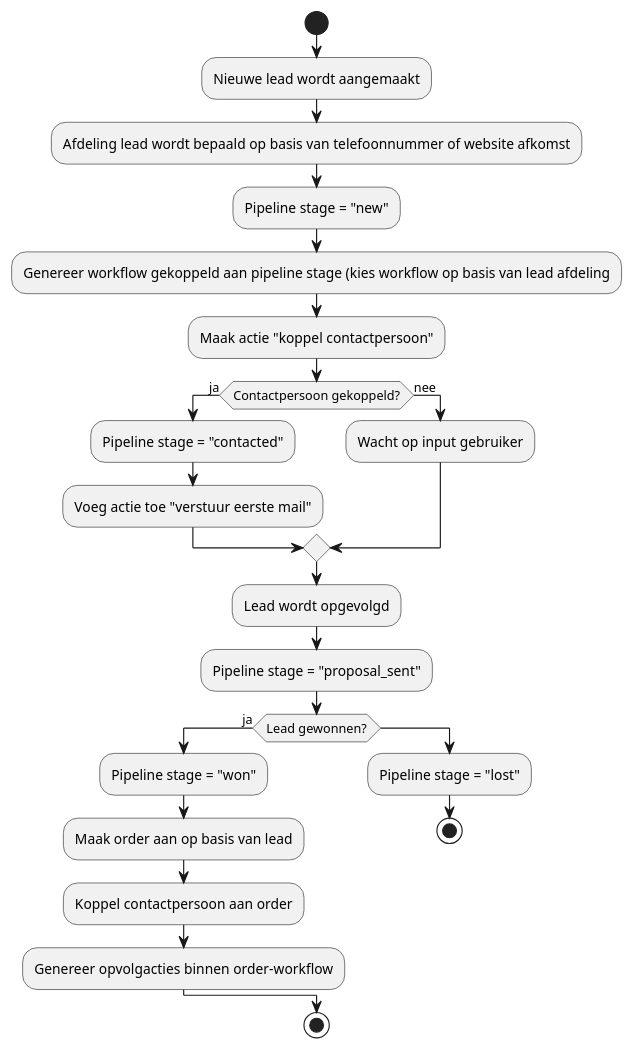
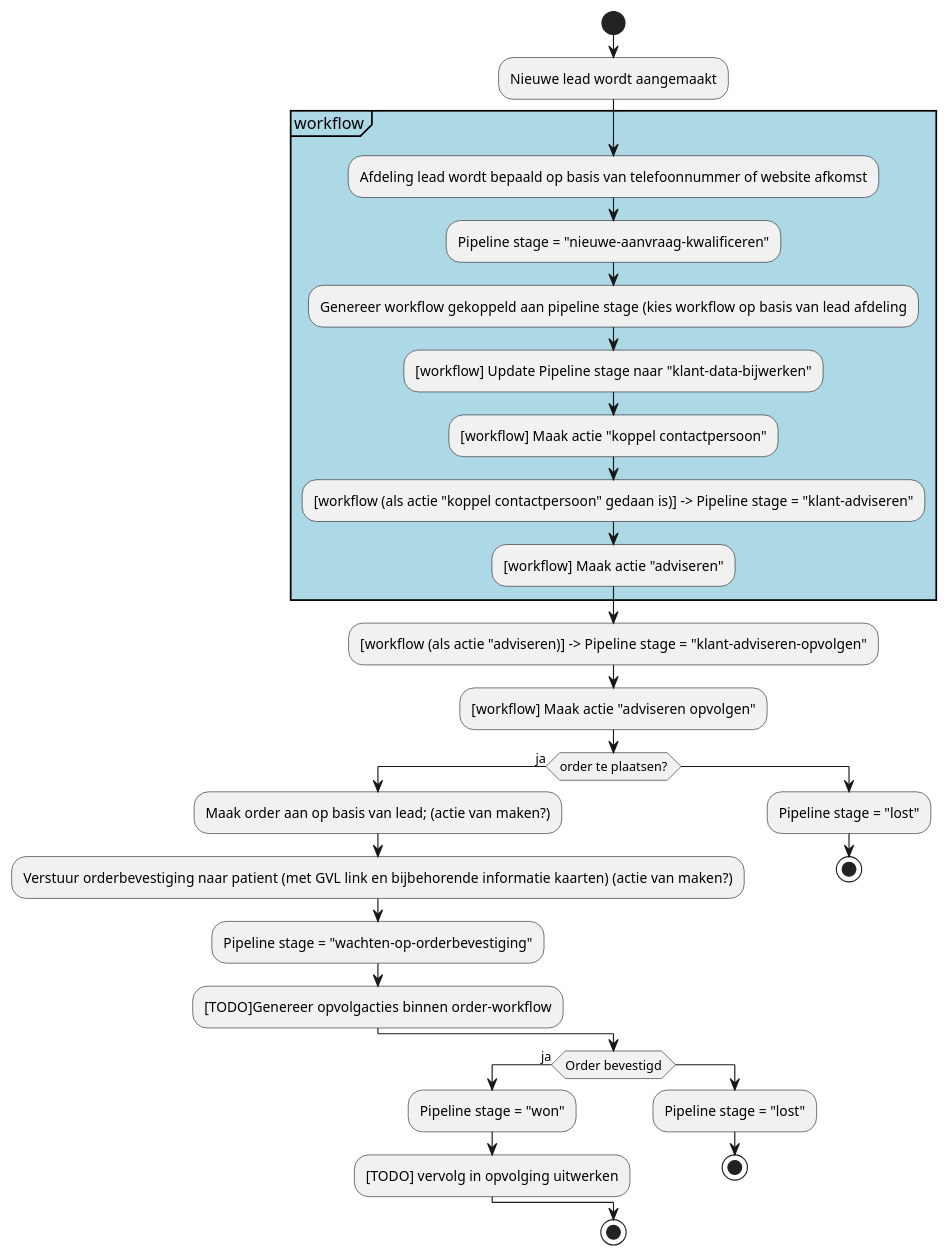
Before and after one commit to privatescanbv/krayin-laravel-crm: the fourth of 5 diagrams in docs/index.adoc, drawn with PlantUML. The commit also changed other lines of this file and 6 other files, not shown here.

Commit message:
api update lead pipeline stage

```diff
--- a/docs/index.adoc
+++ b/docs/index.adoc
@@ -339,35 +383,43 @@
 [plantuml]
 ....
 @startuml
 start
 
 :Nieuwe lead wordt aangemaakt;
-:Afdeling lead wordt bepaald op basis van telefoonnummer of website afkomst;
-:Pipeline stage = "new";
-:Genereer workflow gekoppeld aan pipeline stage (kies workflow op basis van lead afdeling;
 
-:Maak actie "koppel contactpersoon";
+partition "workflow" #ADD8E6 {
+    :Afdeling lead wordt bepaald op basis van telefoonnummer of website afkomst;
+    :Pipeline stage = "nieuwe-aanvraag-kwalificeren";
+    :Genereer workflow gekoppeld aan pipeline stage (kies workflow op basis van lead afdeling;
 
-if (Contactpersoon gekoppeld?) then (ja)
-  :Pipeline stage = "contacted";
-  :Voeg actie toe "verstuur eerste mail";
-else (nee)
-  :Wacht op input gebruiker;
+    :[workflow] Update Pipeline stage naar "klant-data-bijwerken";
+    :[workflow] Maak actie "koppel contactpersoon";
+
+    :[workflow (als actie "koppel contactpersoon" gedaan is)] -> Pipeline stage = "klant-adviseren";
+
+    :[workflow] Maak actie "adviseren";
+}
+:[workflow (als actie "adviseren)] -> Pipeline stage = "klant-adviseren-opvolgen";
+:[workflow] Maak actie "adviseren opvolgen";
+
+if (order te plaatsen?) then (ja)
+  :Maak order aan op basis van lead; (actie van maken?);
+  :Verstuur orderbevestiging naar patient (met GVL link en bijbehorende informatie kaarten)  (actie van maken?);
+  :Pipeline stage = "wachten-op-orderbevestiging";
+  :[TODO]Genereer opvolgacties binnen order-workflow;
+else
+  :Pipeline stage = "lost";
+  stop
 endif
 
-:Lead wordt opgevolgd;
-:Pipeline stage = "proposal_sent";
-
-if (Lead gewonnen?) then (ja)
+if (Order bevestigd) then (ja)
   :Pipeline stage = "won";
-  :Maak order aan op basis van lead;
-  :Koppel contactpersoon aan order;
-  :Genereer opvolgacties binnen order-workflow;
+  :[TODO] vervolg in opvolging uitwerken;
 else
   :Pipeline stage = "lost";
   stop
 endif
 
 stop
 @enduml
 ....
```
